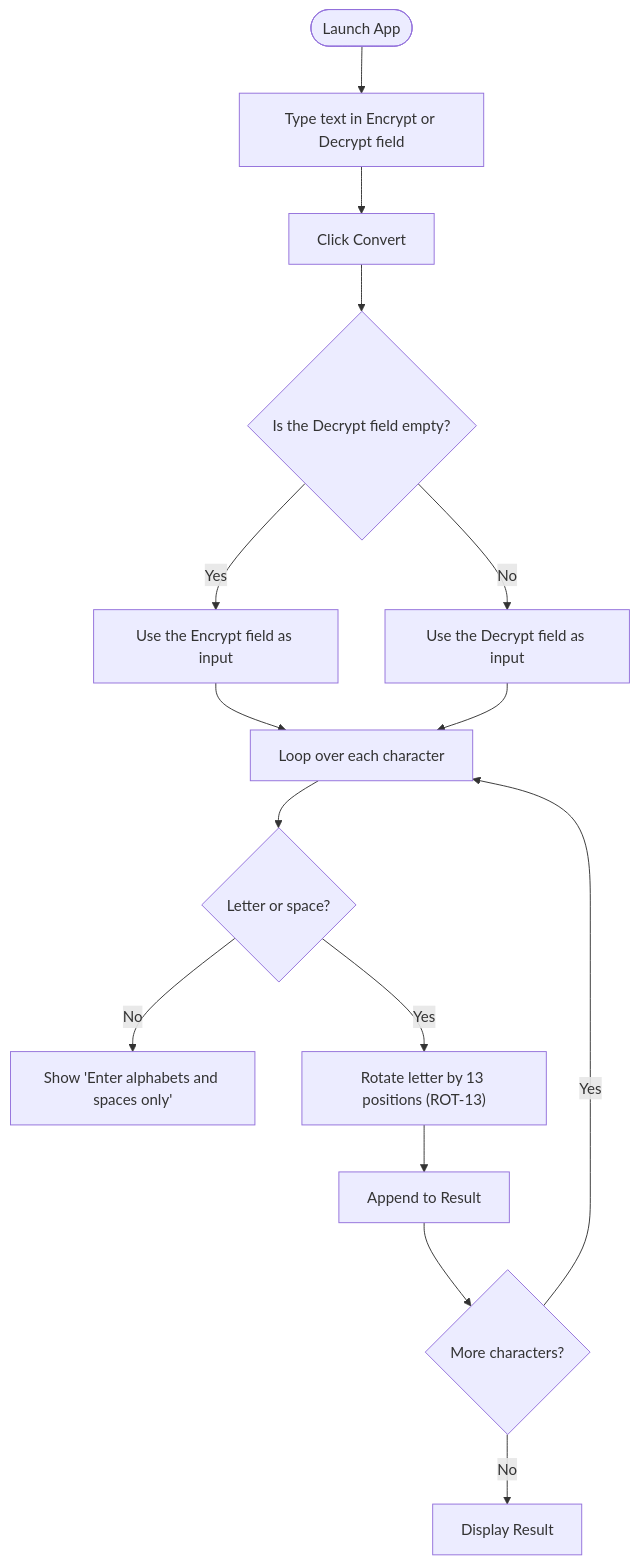
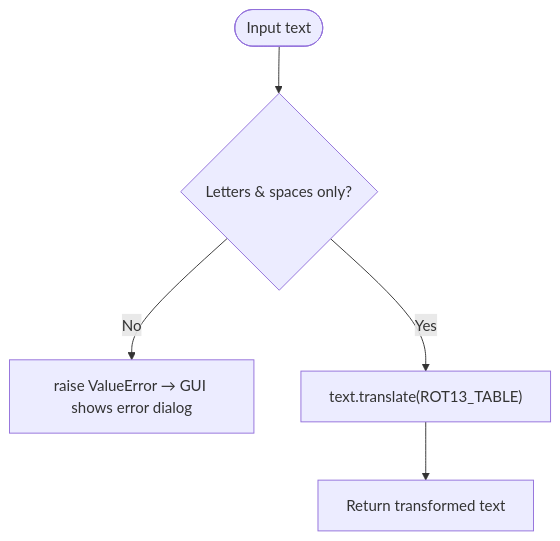
The second of 3 diagrams in README.md (Mann5700/Encryption-Decryption-App), drawn with Mermaid before and after one commit. The commit also changed other lines of this file and 18 other files, not shown here.

Commit message:
Rewrite ROT-13 app in Python (CLI + Tkinter GUI + tests)

````diff
--- a/README.md
+++ b/README.md
@@ -47,17 +65,7 @@
 ```mermaid
 flowchart TD
-    A([Launch App]) --> B[Type text in Encrypt or Decrypt field]
-    B --> C[Click Convert]
-    C --> D{Is the Decrypt field empty?}
-    D -- Yes --> E[Use the Encrypt field as input]
-    D -- No --> F[Use the Decrypt field as input]
-    E --> G[Loop over each character]
-    F --> G
-    G --> H{Letter or space?}
-    H -- No --> I[Show 'Enter alphabets and spaces only']
-    H -- Yes --> J["Rotate letter by 13 positions (ROT-13)"]
-    J --> K[Append to Result]
-    K --> L{More characters?}
-    L -- Yes --> G
-    L -- No --> M[Display Result]
+    A([Input text]) --> B{Letters & spaces only?}
+    B -- No --> C[raise ValueError → GUI shows error dialog]
+    B -- Yes --> D["text.translate(ROT13_TABLE)"]
+    D --> E[Return transformed text]
 ```
````
